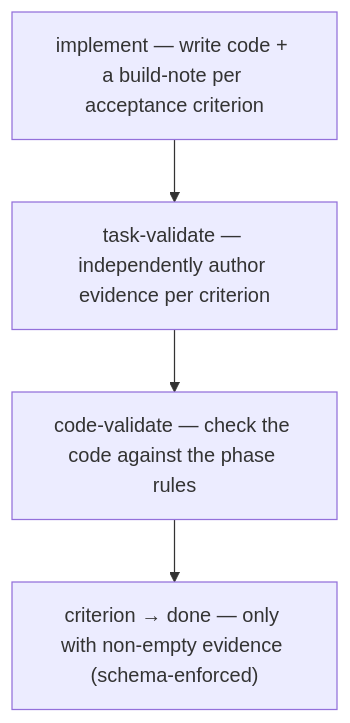
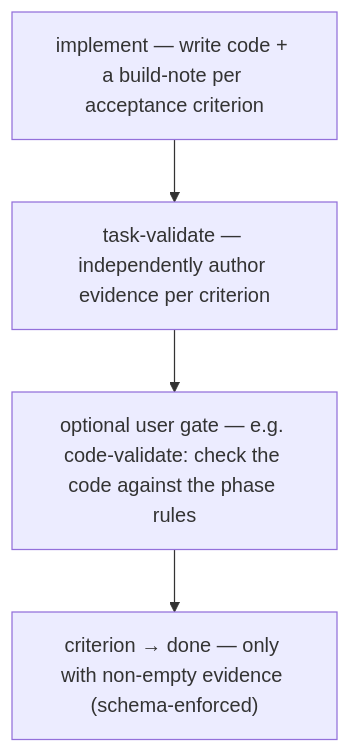
One commit to chafoo/anchored changed the diagram in docs/tier/phase.md. Above: the diagram before and after it, drawn with Mermaid. The commit also changed other lines of this file and 10 other files, not shown here.

````diff
--- a/docs/tier/phase.md
+++ b/docs/tier/phase.md
@@ -7,8 +7,8 @@
 ```mermaid
 flowchart TD
   impl["implement — write code + a build-note per acceptance criterion"]
   g1["task-validate — independently author evidence per criterion"]
-  g2["code-validate — check the code against the phase rules"]
+  g2["optional user gate — e.g. code-validate: check the code against the phase rules"]
   done["criterion → done — only with non-empty evidence (schema-enforced)"]
   impl --> g1 --> g2 --> done
 ```
````
